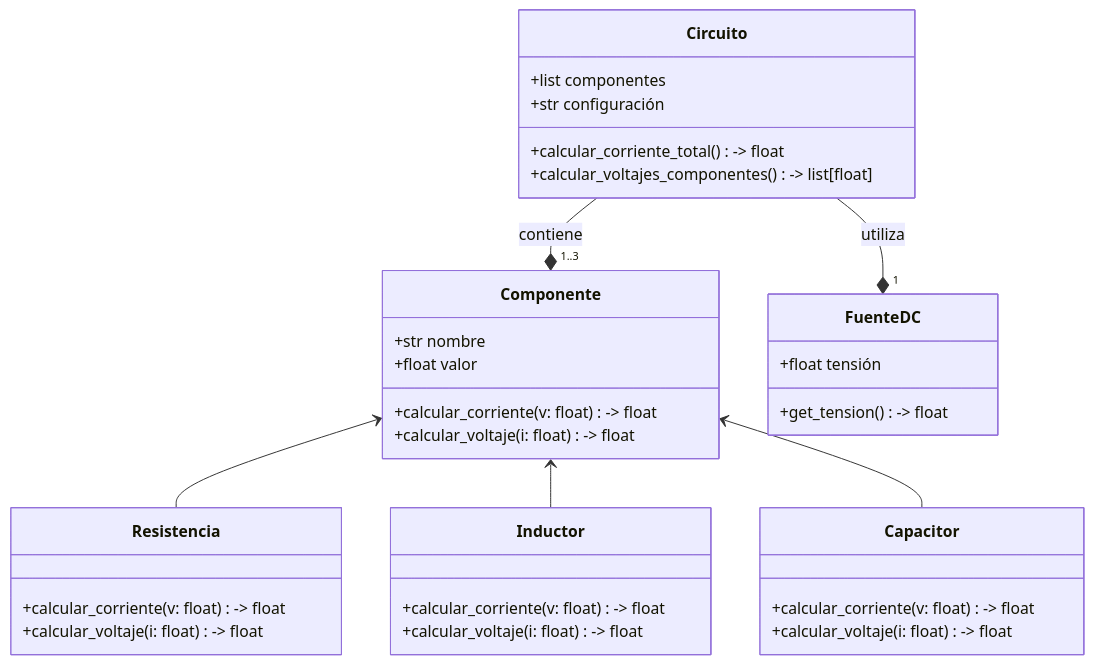
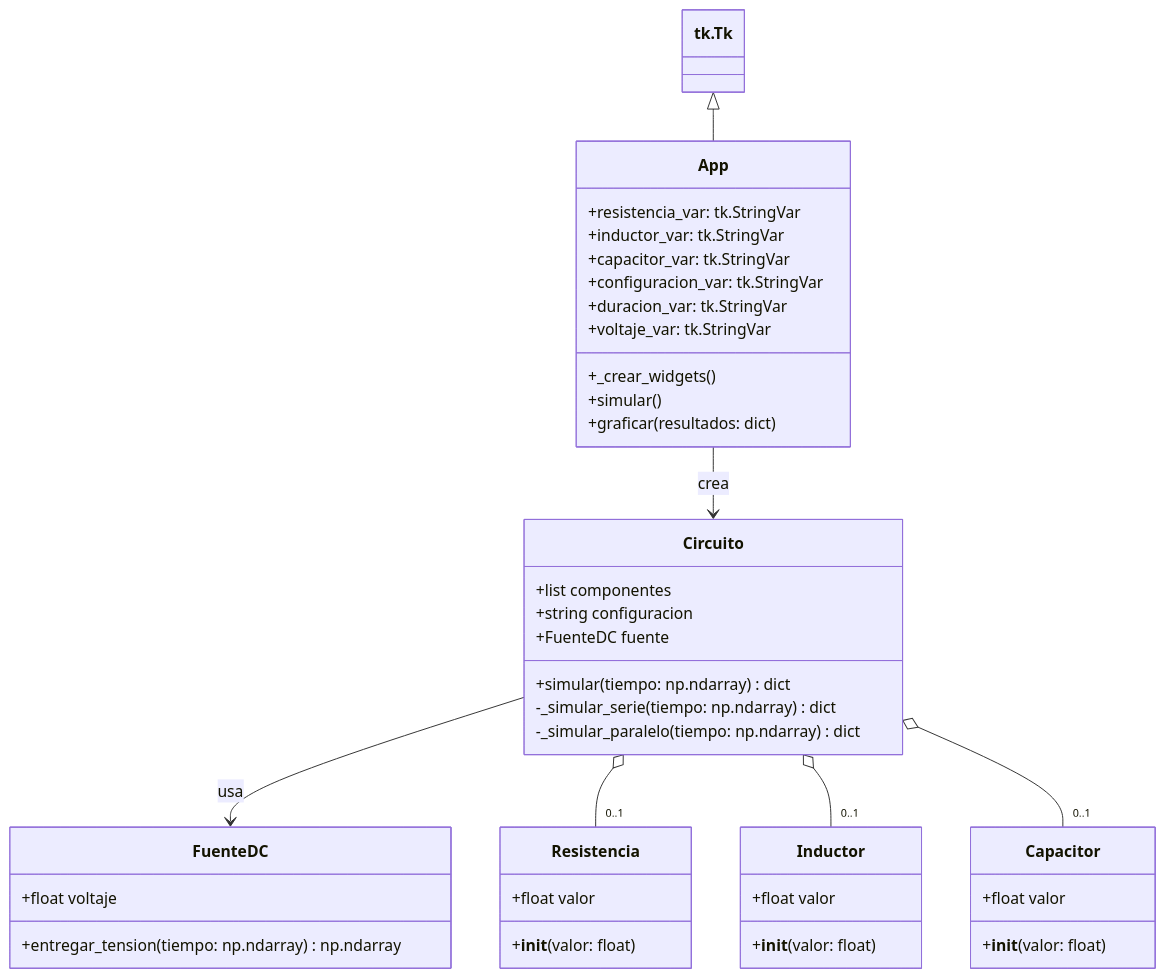
Before and after one commit to sivargasg/Proy_POO: the diagram in README.md, drawn with Mermaid. The commit also changed other lines of this file, not shown here.

````diff
--- a/README.md
+++ b/README.md
@@ -3,42 +3,50 @@
 ```mermaid
 classDiagram
-    class Componente {
-        +str nombre
-        +float valor
-        +calcular_corriente(v: float) -> float
-        +calcular_voltaje(i: float) -> float
+    class FuenteDC {
+      +float voltaje
+      +entregar_tension(tiempo: np.ndarray) np.ndarray
     }
 
     class Resistencia {
-        +calcular_corriente(v: float) -> float
-        +calcular_voltaje(i: float) -> float
+      +float valor
+      +__init__(valor: float)
     }
 
     class Inductor {
-        +calcular_corriente(v: float) -> float
-        +calcular_voltaje(i: float) -> float
+      +float valor
+      +__init__(valor: float)
     }
 
     class Capacitor {
-        +calcular_corriente(v: float) -> float
-        +calcular_voltaje(i: float) -> float
-    }
-
-    class FuenteDC {
-        +float tensión
-        +get_tension() -> float
+      +float valor
+      +__init__(valor: float)
     }
 
     class Circuito {
-        +list componentes
-        +str configuración
-        +calcular_corriente_total() -> float
-        +calcular_voltajes_componentes() -> list[float]
+      +list componentes
+      +string configuracion
+      +FuenteDC fuente
+      +simular(tiempo: np.ndarray) dict
+      -_simular_serie(tiempo: np.ndarray) dict
+      -_simular_paralelo(tiempo: np.ndarray) dict
     }
 
-    Componente <-- Resistencia
-    Componente <-- Inductor
-    Componente <-- Capacitor
-    Circuito --* "1..3" Componente : contiene
-    Circuito --* "1" FuenteDC : utiliza
+    class App {
+      +resistencia_var: tk.StringVar
+      +inductor_var: tk.StringVar
+      +capacitor_var: tk.StringVar
+      +configuracion_var: tk.StringVar
+      +duracion_var: tk.StringVar
+      +voltaje_var: tk.StringVar
+      +_crear_widgets()
+      +simular()
+      +graficar(resultados: dict)
+    }
+
+    tk.Tk <|-- App
+    Circuito --> FuenteDC : usa
+    Circuito o-- "0..1" Resistencia
+    Circuito o-- "0..1" Inductor
+    Circuito o-- "0..1" Capacitor 
+    App --> Circuito : crea
 ```
````
